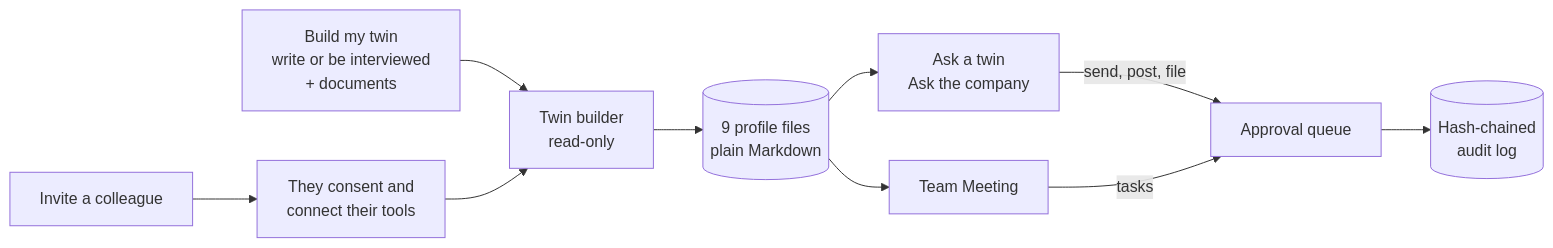
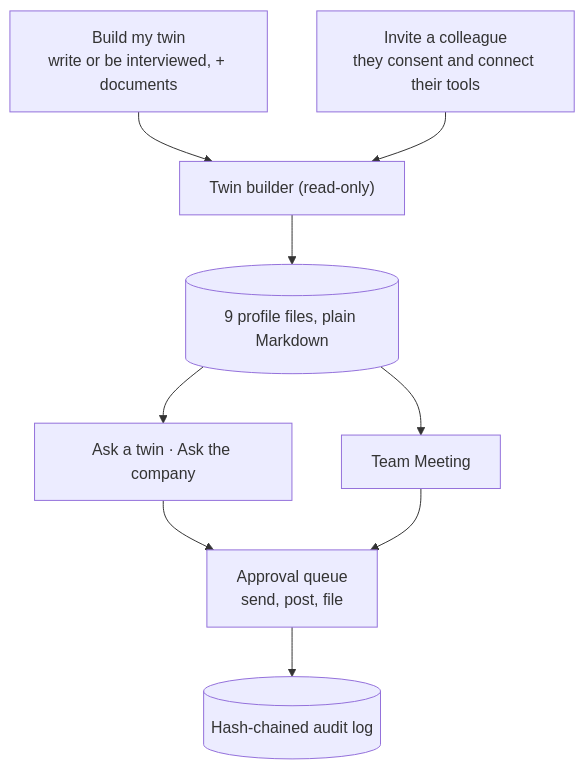
The first of 2 diagrams in README.md (dolevhayut/Employee001), drawn with Mermaid before and after one commit. The commit also changed other lines of this file, not shown here.

Commit message:
docs(readme): vertical diagrams so they read at README width

````diff
--- a/README.md
+++ b/README.md
@@ -77,21 +77,20 @@
 ```mermaid
-flowchart LR
-    Self["Build my twin<br/>write or be interviewed<br/>+ documents"]
-    Invite["Invite a colleague"]
-    Connect["They consent and<br/>connect their tools"]
-    Builder["Twin builder<br/>read-only"]
-    Files[("9 profile files<br/>plain Markdown")]
-    Ask["Ask a twin<br/>Ask the company"]
+flowchart TB
+    Self["Build my twin<br/>write or be interviewed, + documents"]
+    Invite["Invite a colleague<br/>they consent and connect their tools"]
+    Builder["Twin builder (read-only)"]
+    Files[("9 profile files, plain Markdown")]
+    Ask["Ask a twin · Ask the company"]
     Meeting["Team Meeting"]
-    Approve["Approval queue"]
-    Audit[("Hash-chained<br/>audit log")]
+    Approve["Approval queue<br/>send, post, file"]
+    Audit[("Hash-chained audit log")]
 
     Self --> Builder
-    Invite --> Connect --> Builder
+    Invite --> Builder
     Builder --> Files
     Files --> Ask
     Files --> Meeting
-    Ask -->|send, post, file| Approve
-    Meeting -->|tasks| Approve
+    Ask --> Approve
+    Meeting --> Approve
     Approve --> Audit
 ```
````
